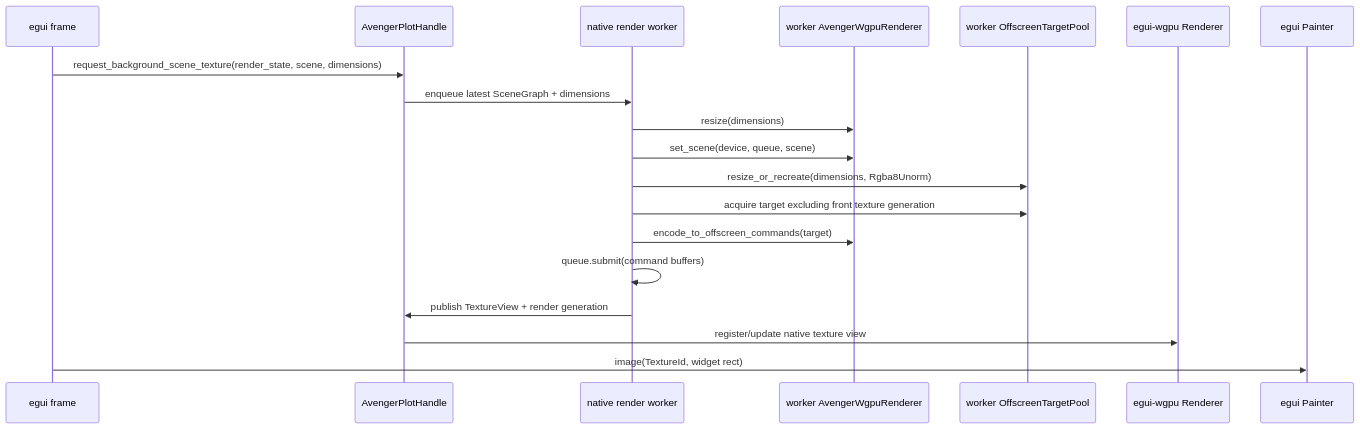
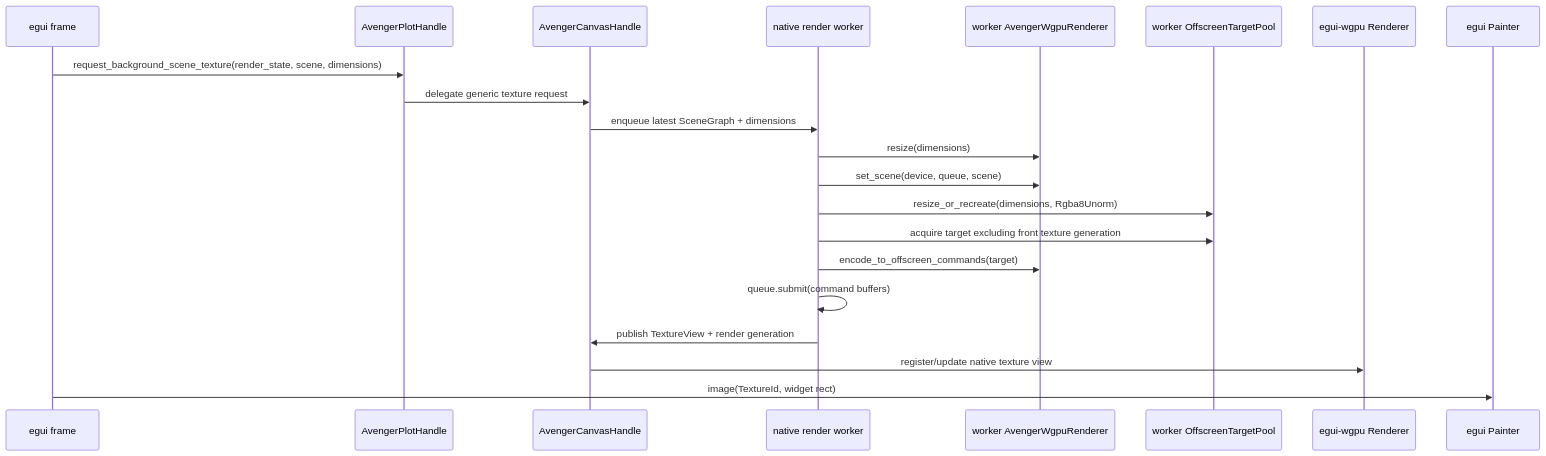
The second of 3 diagrams in avenger-chart/docs/architecture/wgpu-gui-offscreen.md (jonmmease/avenger), drawn with Mermaid before and after one commit. The commit also changed other lines of this file and 14 other files, not shown here.

Commit message:
refactor(egui): split chart widget crate

````diff
--- a/avenger-chart/docs/architecture/wgpu-gui-offscreen.md
+++ b/avenger-chart/docs/architecture/wgpu-gui-offscreen.md
@@ -113,22 +120,24 @@
 ```mermaid
 sequenceDiagram
     participant UI as egui frame
-    participant Handle as AvengerPlotHandle
+    participant Plot as AvengerPlotHandle
+    participant Canvas as AvengerCanvasHandle
     participant Worker as native render worker
     participant Renderer as worker AvengerWgpuRenderer
     participant Pool as worker OffscreenTargetPool
     participant EguiWgpu as egui-wgpu Renderer
     participant Painter as egui Painter
 
-    UI->>Handle: request_background_scene_texture(render_state, scene, dimensions)
-    Handle->>Worker: enqueue latest SceneGraph + dimensions
+    UI->>Plot: request_background_scene_texture(render_state, scene, dimensions)
+    Plot->>Canvas: delegate generic texture request
+    Canvas->>Worker: enqueue latest SceneGraph + dimensions
     Worker->>Renderer: resize(dimensions)
     Worker->>Renderer: set_scene(device, queue, scene)
     Worker->>Pool: resize_or_recreate(dimensions, Rgba8Unorm)
     Worker->>Pool: acquire target excluding front texture generation
     Worker->>Renderer: encode_to_offscreen_commands(target)
     Worker->>Worker: queue.submit(command buffers)
-    Worker->>Handle: publish TextureView + render generation
-    Handle->>EguiWgpu: register/update native texture view
+    Worker->>Canvas: publish TextureView + render generation
+    Canvas->>EguiWgpu: register/update native texture view
     UI->>Painter: image(TextureId, widget rect)
 ```
````
